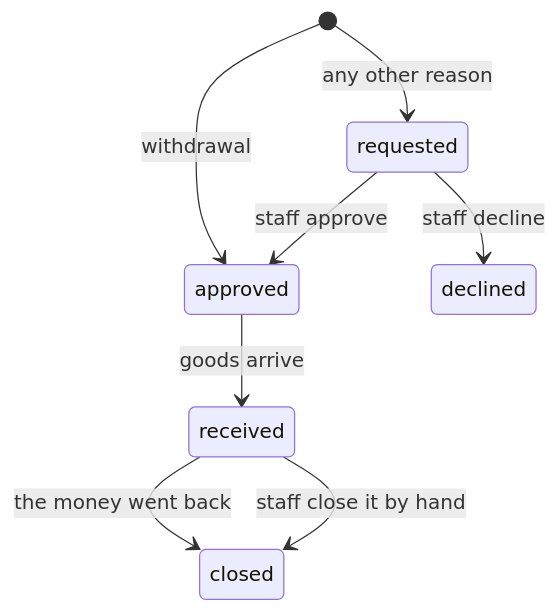
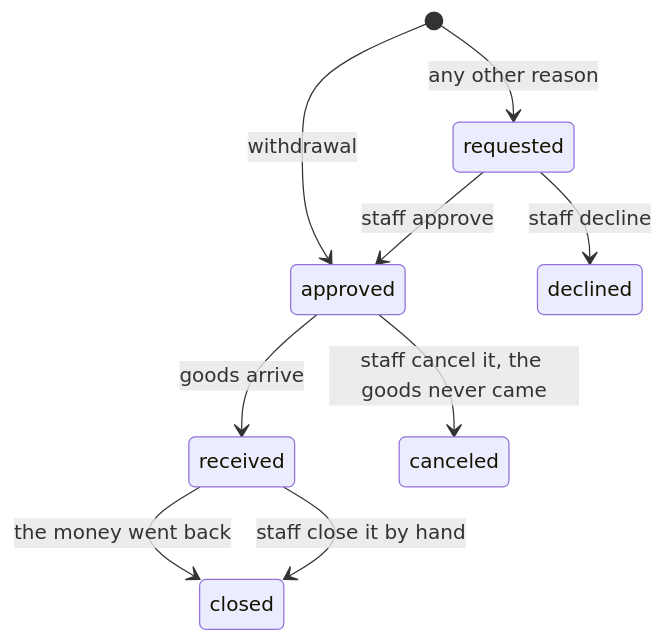
The fourth of 4 diagrams in docs/modules/returns.md (Guebbit/boilerplate-vue-frontend), drawn with Mermaid before and after one commit. The commit also changed other lines of this file and 17 other files, not shown here.

First line of the commit message:
feat(returns): let staff cancel an approved return from the queue

````diff
--- a/docs/modules/returns.md
+++ b/docs/modules/returns.md
@@ -119,10 +121,11 @@
 ```mermaid
 stateDiagram-v2
     [*] --> approved: withdrawal
     [*] --> requested: any other reason
     requested --> approved: staff approve
     requested --> declined: staff decline
     approved --> received: goods arrive
+    approved --> canceled: staff cancel it, the goods never came
     received --> closed: the money went back
     received --> closed: staff close it by hand
 ```
````
